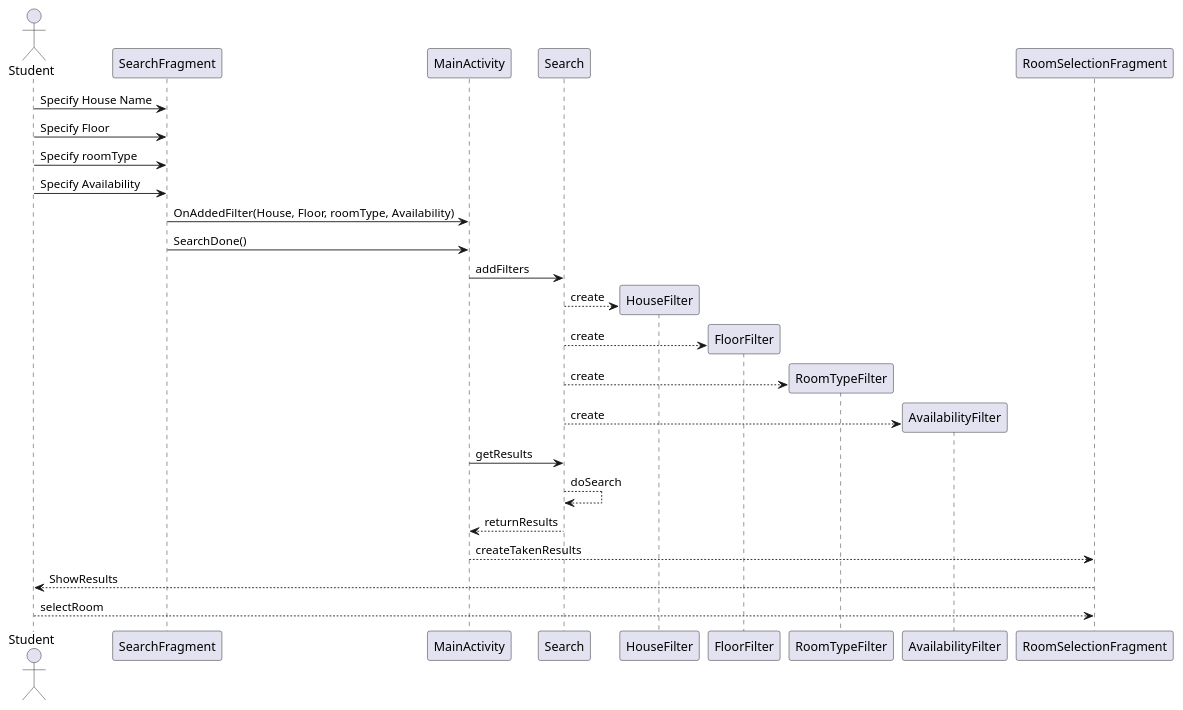
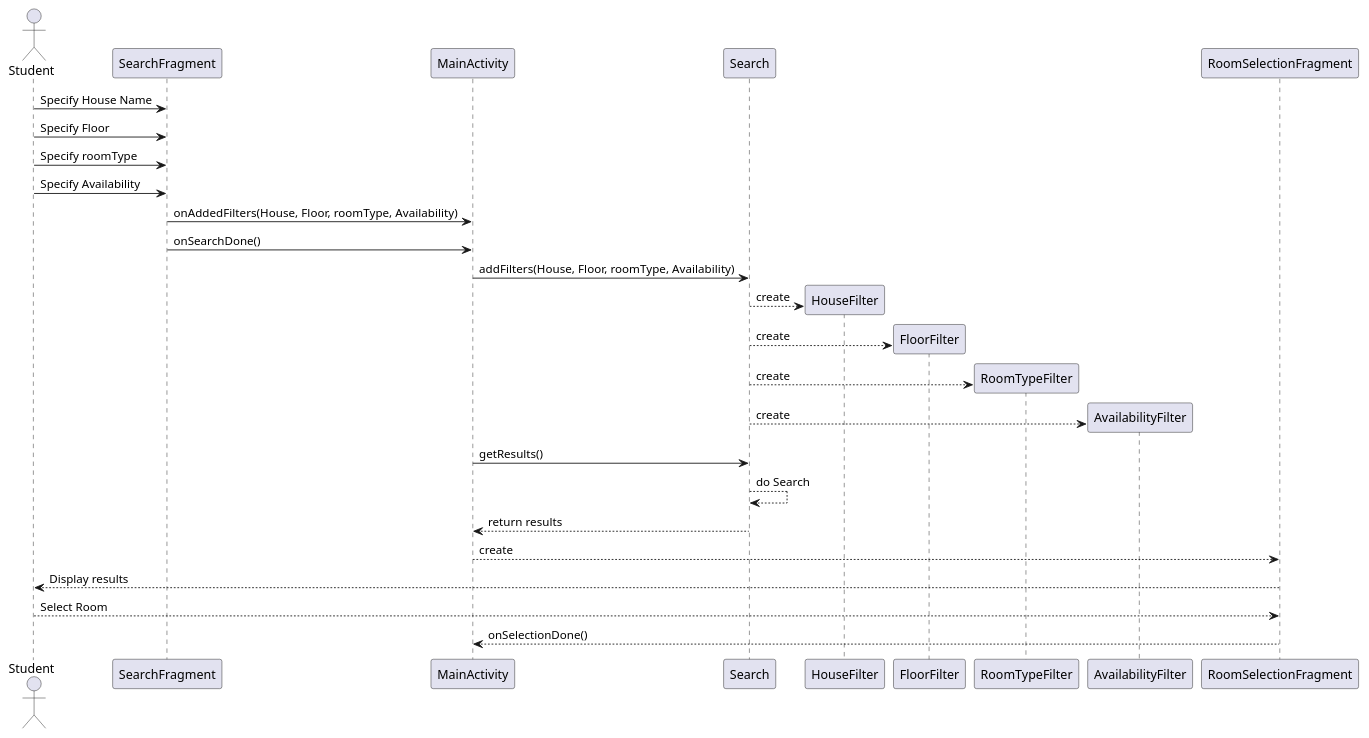
The third of 3 diagrams in intellij/doc/design.md (alexandraguillen12/Dorm-Review-App), drawn with PlantUML before and after one commit.

````diff
--- a/intellij/doc/design.md
+++ b/intellij/doc/design.md
@@ -157,28 +157,28 @@
 ```plantuml
 @startuml
 actor Student
 Student -> SearchFragment: Specify House Name 
 Student -> SearchFragment: Specify Floor
 Student -> SearchFragment: Specify roomType
 Student -> SearchFragment: Specify Availability
-SearchFragment -> MainActivity: OnAddedFilter(House, Floor, roomType, Availability)
-SearchFragment -> MainActivity: SearchDone()
-MainActivity -> Search: addFilters 
+SearchFragment -> MainActivity: onAddedFilters(House, Floor, roomType, Availability)
+SearchFragment -> MainActivity: onSearchDone()
+MainActivity -> Search: addFilters(House, Floor, roomType, Availability) 
 create HouseFilter
 Search --> HouseFilter: create 
 create FloorFilter 
 Search --> FloorFilter: create
 create RoomTypeFilter 
 Search --> RoomTypeFilter :create
 create AvailabilityFilter 
 Search --> AvailabilityFilter: create
-MainActivity -> Search: getResults 
-Search --> Search: doSearch 
-Search --> MainActivity: returnResults 
-MainActivity --> RoomSelectionFragment: createTakenResults
-RoomSelectionFragment --> Student: ShowResults 
-Student --> RoomSelectionFragment: selectRoom 
-
+MainActivity -> Search: getResults() 
+Search --> Search: do Search 
+Search --> MainActivity: return results 
+MainActivity --> RoomSelectionFragment: create
+RoomSelectionFragment --> Student: Display results 
+Student --> RoomSelectionFragment: Select Room 
+RoomSelectionFragment --> MainActivity: onSelectionDone()
 
 @enduml
 ```
````
